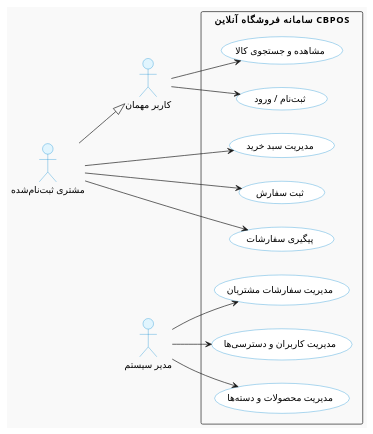
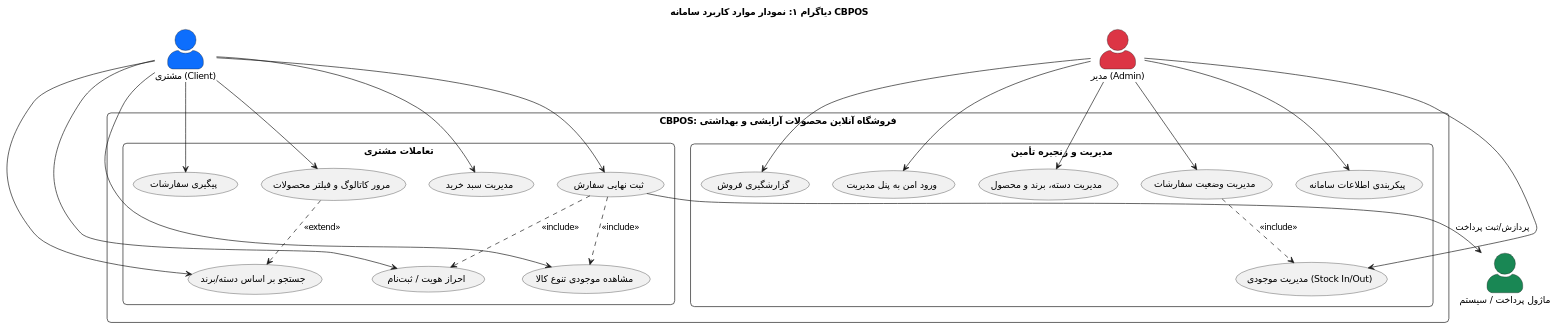
Before and after one commit to Silent-Galaxy/cbpos: the first of 10 diagrams in readme.md, drawn with PlantUML. The commit also changed other lines of this file, not shown here.

````diff
--- a/readme.md
+++ b/readme.md
@@ -93,42 +424,57 @@
 ```plantuml
 @startuml
-left to right direction
+title دیاگرام ۱: نمودار موارد کاربرد سامانه CBPOS
+skinparam roundcorner 12
+skinparam shadowing false
+skinparam actorStyle awesome
 skinparam packageStyle rectangle
-skinparam backgroundColor #F9F9F9
-skinparam actor {
-    BackgroundColor #E1F5FE
-    BorderColor #0288D1
-}
-skinparam usecase {
-    BackgroundColor #FFFFFF
-    BorderColor #0288D1
+skinparam defaultFontName "Arial"
+
+actor "مشتری (Client)" as Client #0D6EFD
+actor "مدیر (Admin)" as Admin #DC3545
+actor "ماژول پرداخت / سیستم" as Payment #198754
+
+rectangle "CBPOS: فروشگاه آنلاین محصولات آرایشی و بهداشتی" {
+  package "تعاملات مشتری" {
+    usecase "مرور کاتالوگ و فیلتر محصولات" as UC_Browse
+    usecase "جستجو بر اساس دسته/برند" as UC_Search
+    usecase "مشاهده موجودی تنوع کالا" as UC_Stock
+    usecase "مدیریت سبد خرید" as UC_Cart
+    usecase "احراز هویت / ثبت‌نام" as UC_Auth
+    usecase "ثبت نهایی سفارش" as UC_Checkout
+    usecase "پیگیری سفارشات" as UC_Track
+  }
+
+  package "مدیریت و زنجیره تأمین" {
+    usecase "ورود امن به پنل مدیریت" as UC_AdminLogin
+    usecase "مدیریت دسته، برند و محصول" as UC_Products
+    usecase "مدیریت موجودی (Stock In/Out)" as UC_Inventory
+    usecase "مدیریت وضعیت سفارشات" as UC_Orders
+    usecase "پیکربندی اطلاعات سامانه" as UC_Settings
+    usecase "گزارشگیری فروش" as UC_Reports
+  }
 }
 
-actor "کاربر مهمان" as Guest
-actor "مشتری ثبت‌نام‌شده" as Client
-actor "مدیر سیستم" as Admin
-
-rectangle "سامانه فروشگاه آنلاین CBPOS" {
-    usecase "مشاهده و جستجوی کالا" as UC_Browse
-    usecase "مدیریت سبد خرید" as UC_Cart
-    usecase "ثبت‌نام / ورود" as UC_Auth
-    usecase "ثبت سفارش" as UC_Order
-    usecase "پیگیری سفارشات" as UC_Track
-    usecase "مدیریت محصولات و دسته‌ها" as UC_ManageProd
-    usecase "مدیریت سفارشات مشتریان" as UC_ManageOrders
-    usecase "مدیریت کاربران و دسترسی‌ها" as UC_ManageUsers
-}
-
-Guest --> UC_Browse
-Guest --> UC_Auth
-
-Client --|> Guest
+Client --> UC_Browse
+Client --> UC_Search
+Client --> UC_Stock
 Client --> UC_Cart
-Client --> UC_Order
+Client --> UC_Auth
+Client --> UC_Checkout
 Client --> UC_Track
 
-Admin --> UC_ManageProd
-Admin --> UC_ManageOrders
-Admin --> UC_ManageUsers
+UC_Browse ..> UC_Search : <<extend>>
+UC_Checkout ..> UC_Auth : <<include>>
+UC_Checkout ..> UC_Stock : <<include>>
+UC_Checkout --> Payment : پردازش/ثبت پرداخت
+
+Admin --> UC_AdminLogin
+Admin --> UC_Products
+Admin --> UC_Inventory
+Admin --> UC_Orders
+Admin --> UC_Settings
+Admin --> UC_Reports
+
+UC_Orders ..> UC_Inventory : <<include>>
 @enduml
 ```
````
